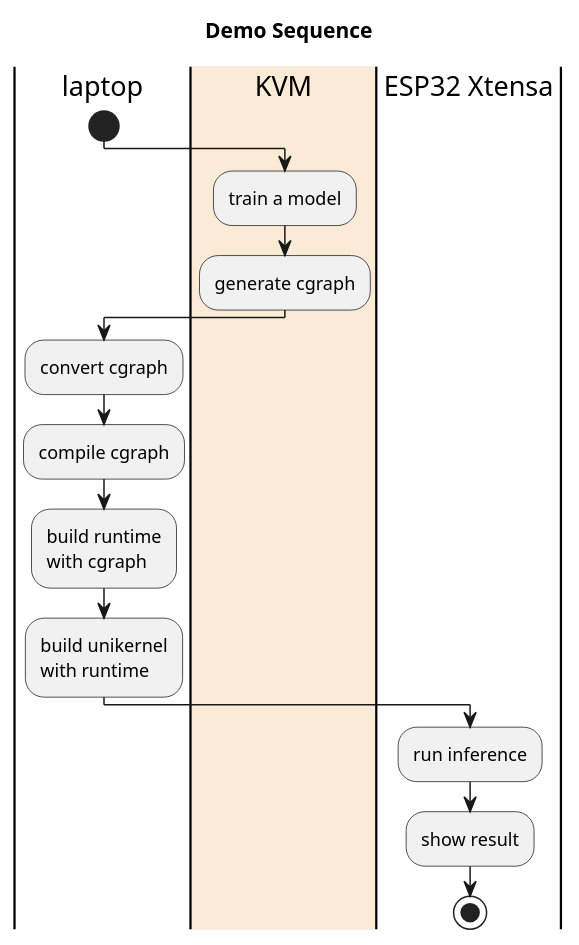
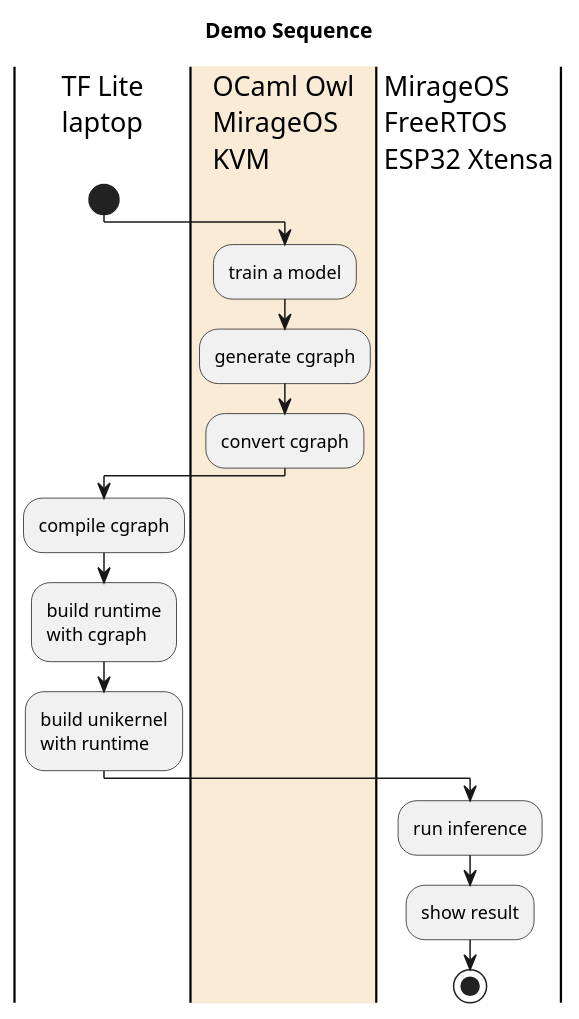
One commit to doyu/elc2019 changed the diagram in demo-ac.puml. Above: the diagram before and after it, drawn with PlantUML. The commit also changed 1 other file, not shown here.

```diff
--- a/demo-ac.puml
+++ b/demo-ac.puml
@@ -1,17 +1,17 @@
 @startuml
 title Demo Sequence
-|laptop|
+|TF Lite\nlaptop|
 start
-|#AntiqueWhite|KVM|
+|#AntiqueWhite|OCaml Owl\nMirageOS\nKVM|
 :train a model;
 :generate cgraph;
-|laptop|
 :convert cgraph;
+|TF Lite\nlaptop|
 :compile cgraph;
 :build runtime\nwith cgraph;
 :build unikernel\nwith runtime;
-|ESP32 Xtensa|
+|MirageOS\nFreeRTOS\nESP32 Xtensa|
 :run inference;
 :show result;
 stop
 @enduml
```
